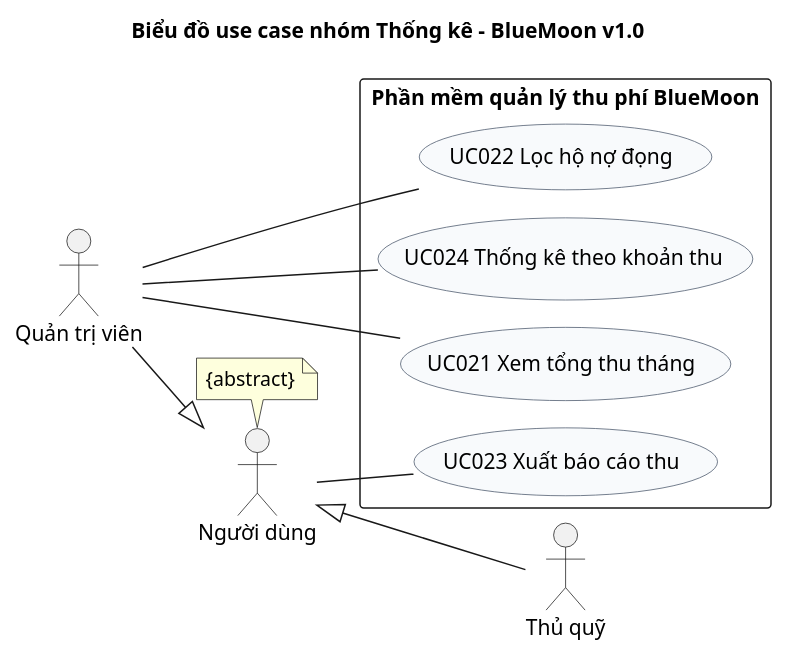
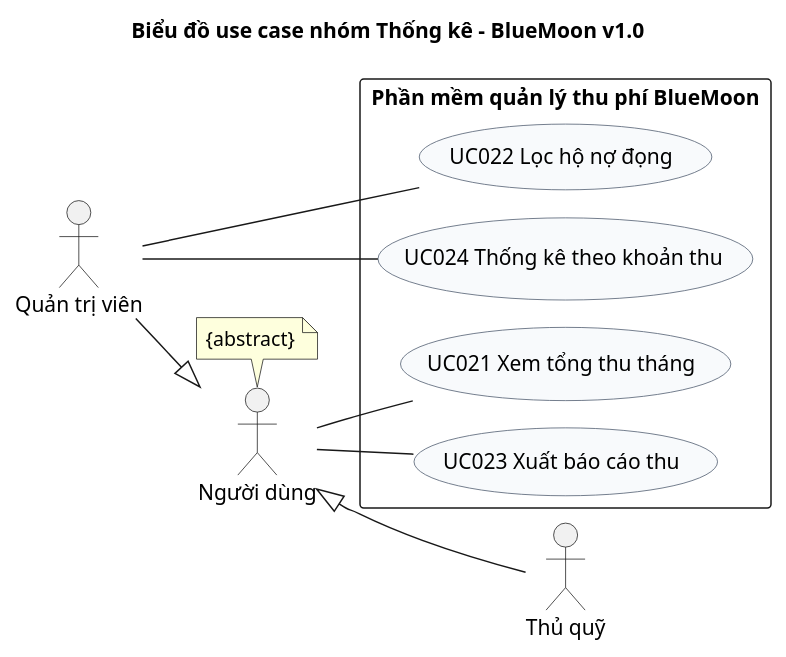
The diagram in docs/design/so-do/use-case-thong-ke.puml (khanhdoan4106/IT3180-NMCNPM-GR16-20261), drawn with PlantUML before and after one commit. The commit also changed 3 other files, not shown here.

```diff
--- a/docs/design/so-do/use-case-thong-ke.puml
+++ b/docs/design/so-do/use-case-thong-ke.puml
@@ -1,40 +1,40 @@
 @startuml
 ' Biểu đồ use case nhóm Thống kê – BlueMoon v1.0
 ' Mã UC, tên UC và tác nhân theo docs/design/so-do/README.md.
 ' Mọi UC trừ UC001 có tiền điều kiện: Người dùng đã đăng nhập.
 !pragma layout smetana
 left to right direction
 skinparam shadowing false
 skinparam defaultFontName "Arial"
 skinparam usecase {
   BackgroundColor #F8FAFC
   BorderColor #475569
 }
 
 title Biểu đồ use case nhóm Thống kê – BlueMoon v1.0
 
 actor "Quản trị viên" as QT
 actor "Người dùng" as ND
 note top of ND : {abstract}
 actor "Thủ quỹ" as TQ
 
 rectangle "Phần mềm quản lý thu phí BlueMoon" {
   usecase "UC021 Xem tổng thu tháng" as UC021
   usecase "UC022 Lọc hộ nợ đọng" as UC022
   usecase "UC023 Xuất báo cáo thu" as UC023
   usecase "UC024 Thống kê theo khoản thu" as UC024
 }
 
-' Chỉ Quản trị viên sử dụng các chức năng thống kê nội bộ.
-QT -- UC021
+' UC022, UC024 chỉ Quản trị viên dùng.
 QT -- UC022
 QT -- UC024
 
-' Theo bảng mã UC chung, UC023 là chức năng của Người dùng
-' (Quản trị viên và Thủ quỹ kế thừa Người dùng).
+' UC021, UC023 là chức năng của Người dùng (chốt ở họp 22/11, giả định 51;
+' Quản trị viên và Thủ quỹ kế thừa Người dùng).
+ND -- UC021
 ND -- UC023
 
 ' Kế thừa vai trò
 QT --|> ND
 ND <|-- TQ
 @enduml
```
